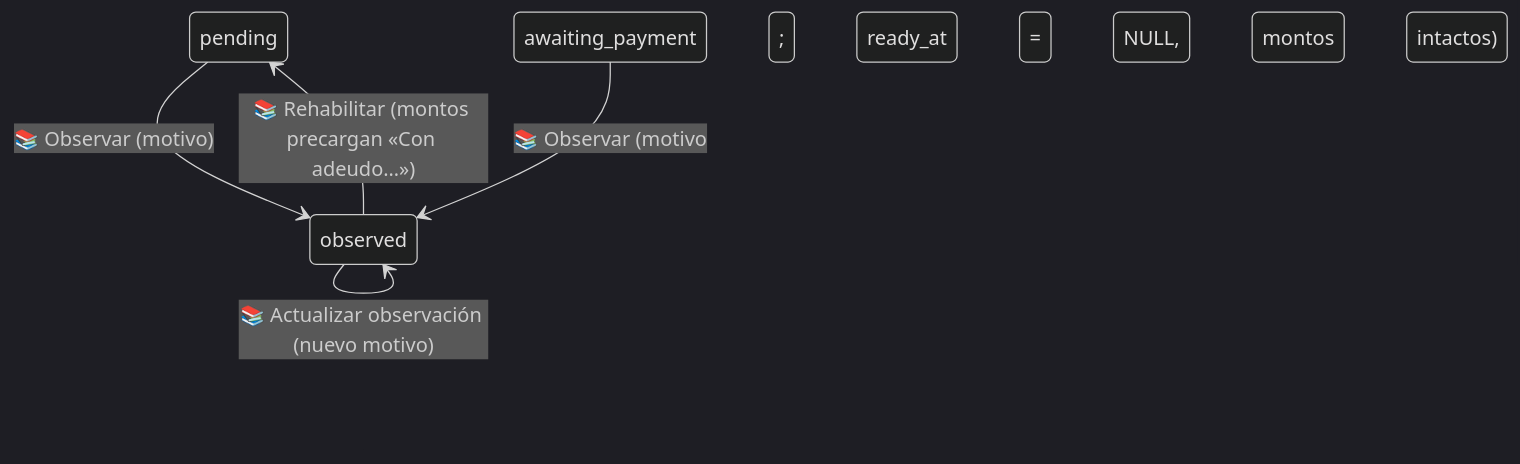
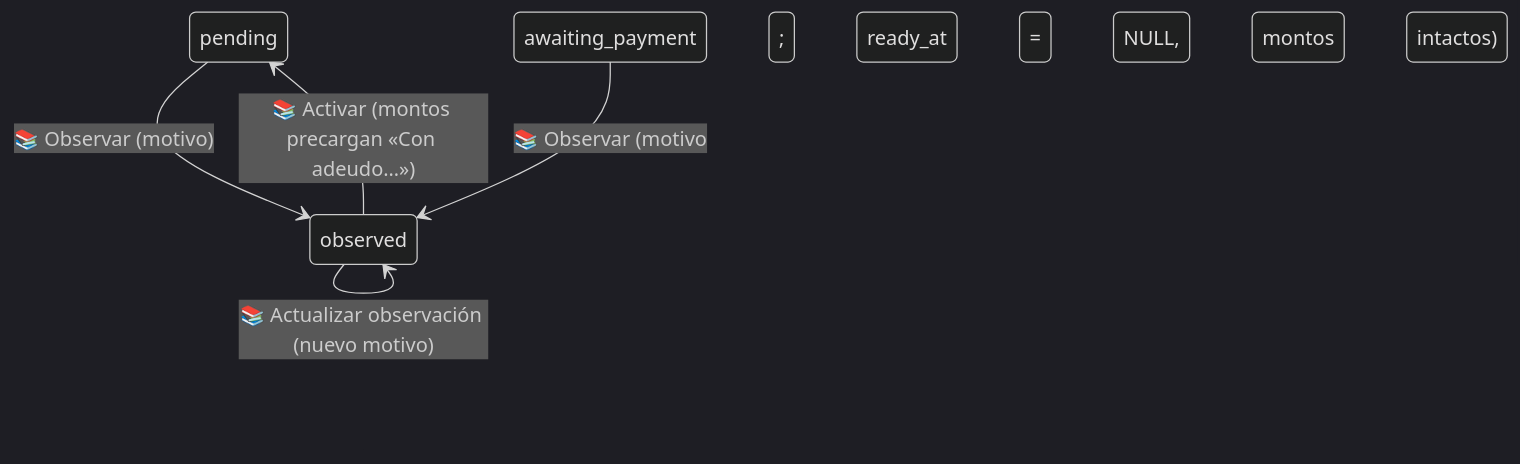
Before and after one commit to Erne1357/itcj: the second of 3 diagrams in itcj2/apps/titulatec/docs/flows/phase2_library_clearance.md, drawn with Mermaid (dark theme). The commit also changed other lines of this file and 42 other files, not shown here.

First line of the commit message:
fix(titulatec): «Activar» y «Constancia de no adeudo» en los textos de Biblioteca

````diff
--- a/itcj2/apps/titulatec/docs/flows/phase2_library_clearance.md
+++ b/itcj2/apps/titulatec/docs/flows/phase2_library_clearance.md
@@ -169,7 +175,7 @@
 ```mermaid
 stateDiagram-v2
     pending --> observed: 📚 Observar (motivo)
     awaiting_payment --> observed: 📚 Observar (motivo; ready_at = NULL, montos intactos)
     observed --> observed: 📚 Actualizar observación (nuevo motivo)
-    observed --> pending: 📚 Rehabilitar (montos precargan «Con adeudo…»)
+    observed --> pending: 📚 Activar (montos precargan «Con adeudo…»)
 ```
````
